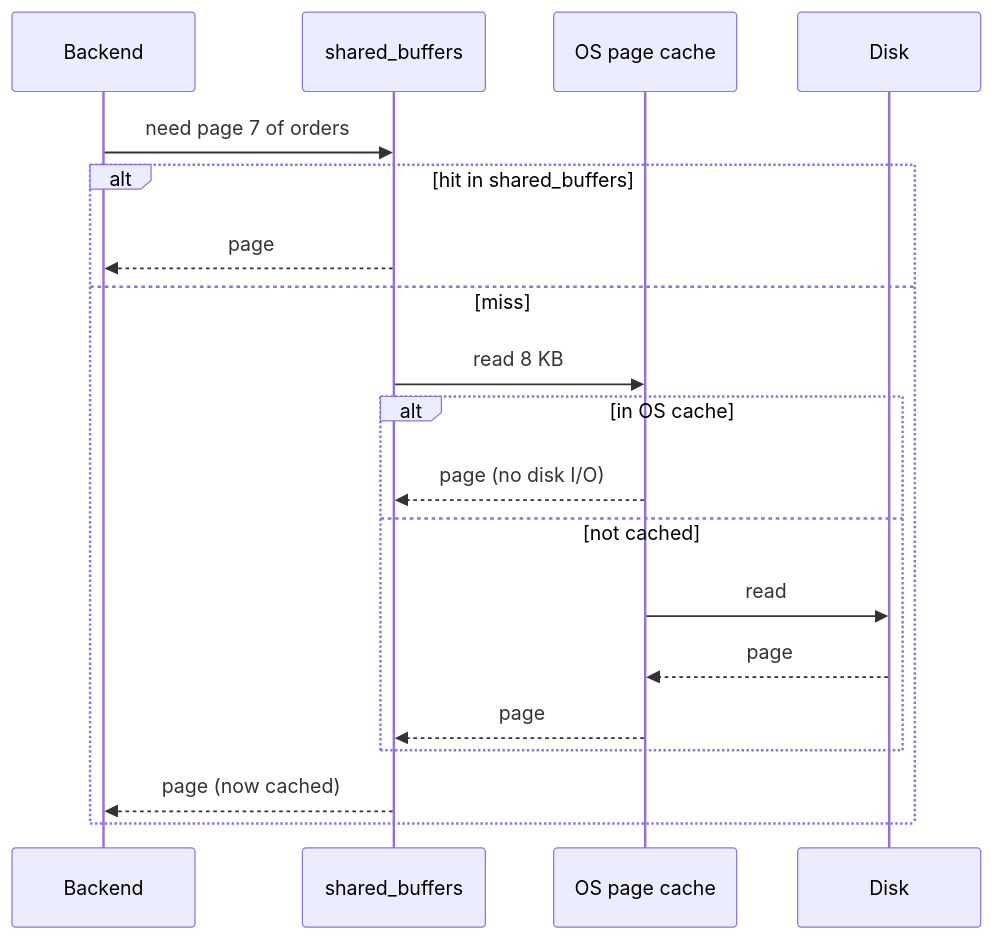
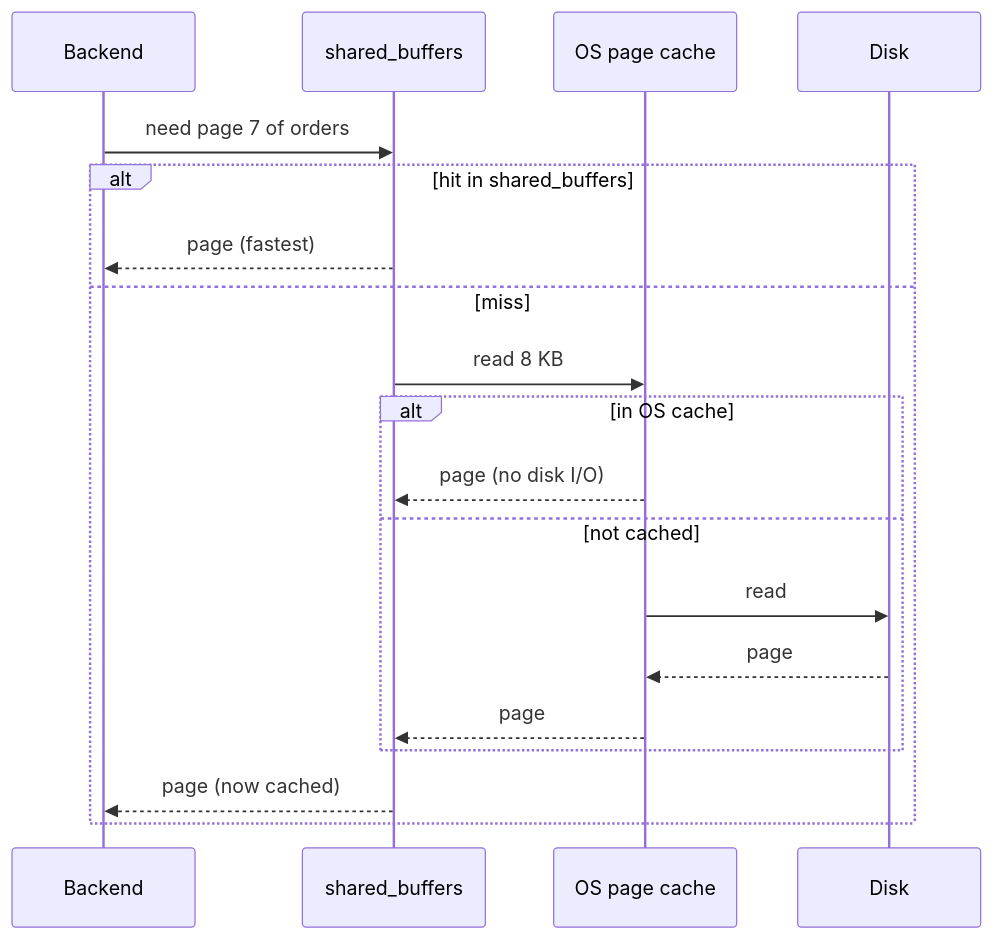
One commit to wesamkhateeb98-creator/postgresql-zero-to-hero changed the eighth of 11 diagrams in Doc/00-introduction/03-architecture.md. Above: the diagram before and after it, drawn with Mermaid. The commit also changed other lines of this file, not shown here.

Commit message:
Rewrite architecture doc with definitions and scenarios per component

````diff
--- a/Doc/00-introduction/03-architecture.md
+++ b/Doc/00-introduction/03-architecture.md
@@ -158,21 +327,21 @@
 ```mermaid
 sequenceDiagram
     participant B as Backend
     participant SB as shared_buffers
     participant OS as OS page cache
     participant D as Disk
     B->>SB: need page 7 of orders
     alt hit in shared_buffers
-        SB-->>B: page
+        SB-->>B: page (fastest)
     else miss
         SB->>OS: read 8 KB
         alt in OS cache
             OS-->>SB: page (no disk I/O)
         else not cached
             OS->>D: read
             D-->>OS: page
             OS-->>SB: page
         end
         SB-->>B: page (now cached)
     end
 ```
````
